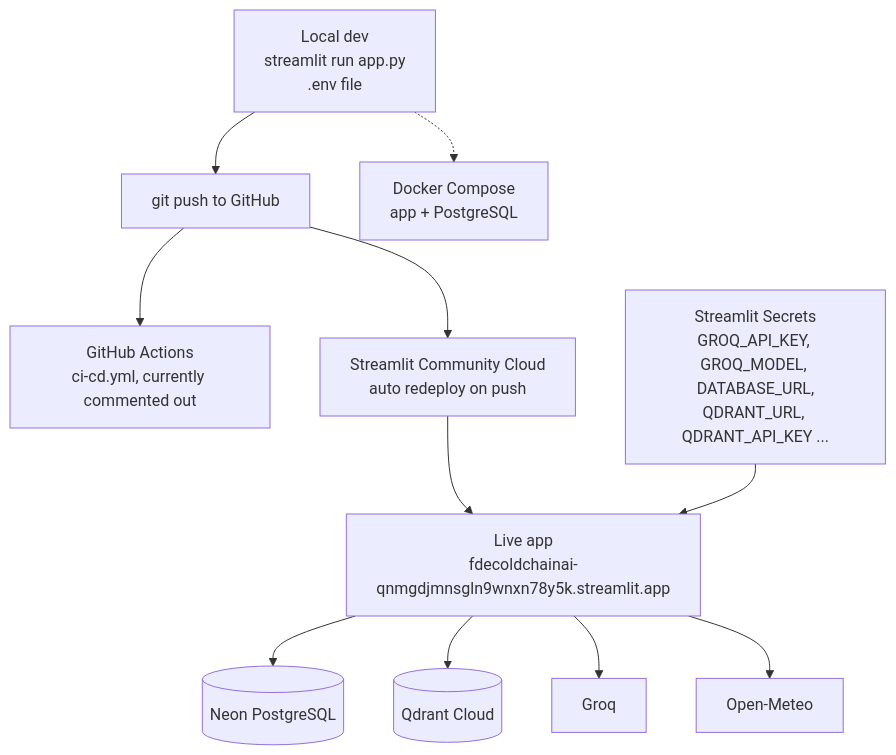
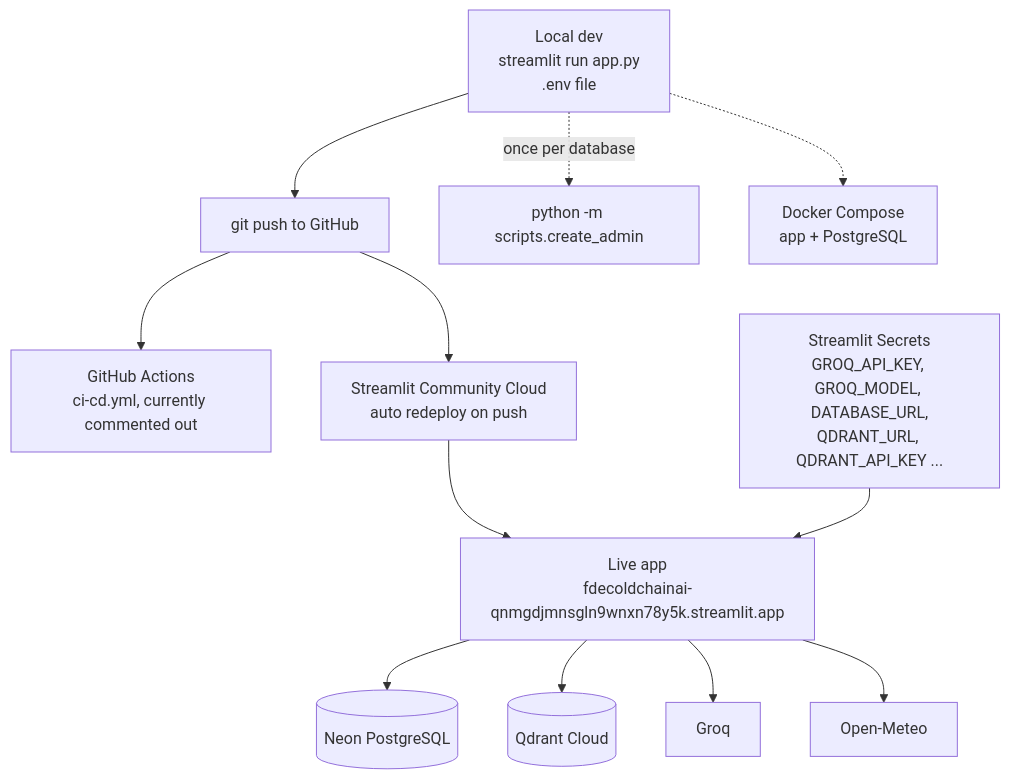
Before and after one commit to Nagendrakumarkv/FDE_COLD_CHAIN_AI: the eighth of 10 diagrams in context/workflow.md, drawn with Mermaid. The commit also changed other lines of this file, not shown here.

````diff
--- a/context/workflow.md
+++ b/context/workflow.md
@@ -142,13 +154,14 @@
 ```mermaid
 flowchart TD
     DEV[Local dev<br/>streamlit run app.py<br/>.env file] --> GIT[git push to GitHub]
     GIT --> CI[GitHub Actions<br/>ci-cd.yml, currently commented out]
+    DEV -.->|once per database| CA2[python -m scripts.create_admin]
     GIT --> SC[Streamlit Community Cloud<br/>auto redeploy on push]
     SC --> APP[Live app<br/>fdecoldchainai-qnmgdjmnsgln9wnxn78y5k.streamlit.app]
     SEC[Streamlit Secrets<br/>GROQ_API_KEY, GROQ_MODEL, DATABASE_URL,<br/>QDRANT_URL, QDRANT_API_KEY ...] --> APP
     APP --> NEON[(Neon PostgreSQL)]
     APP --> QD[(Qdrant Cloud)]
     APP --> GEM[Groq]
     APP --> OM[Open-Meteo]
     DEV -.-> DK[Docker Compose<br/>app + PostgreSQL]
 ```
````
